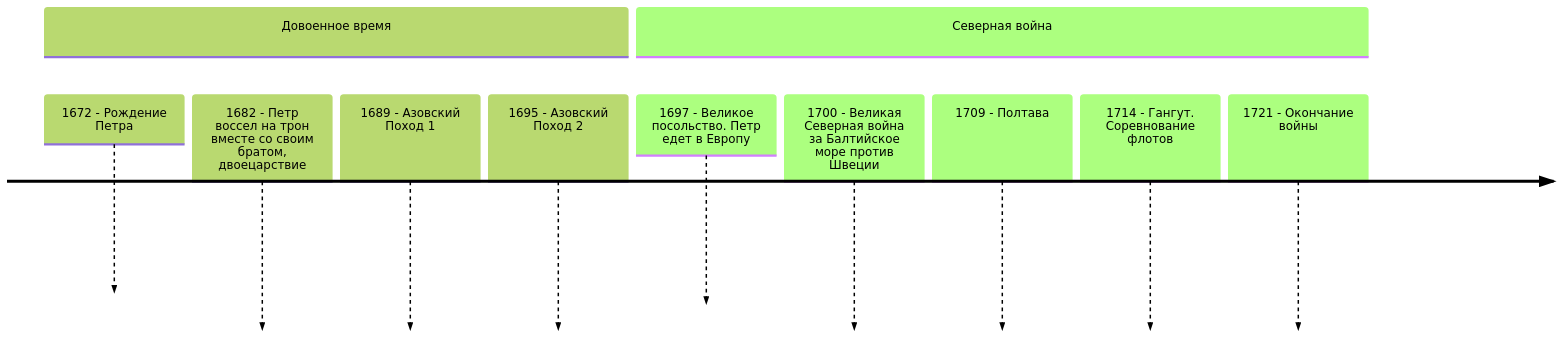
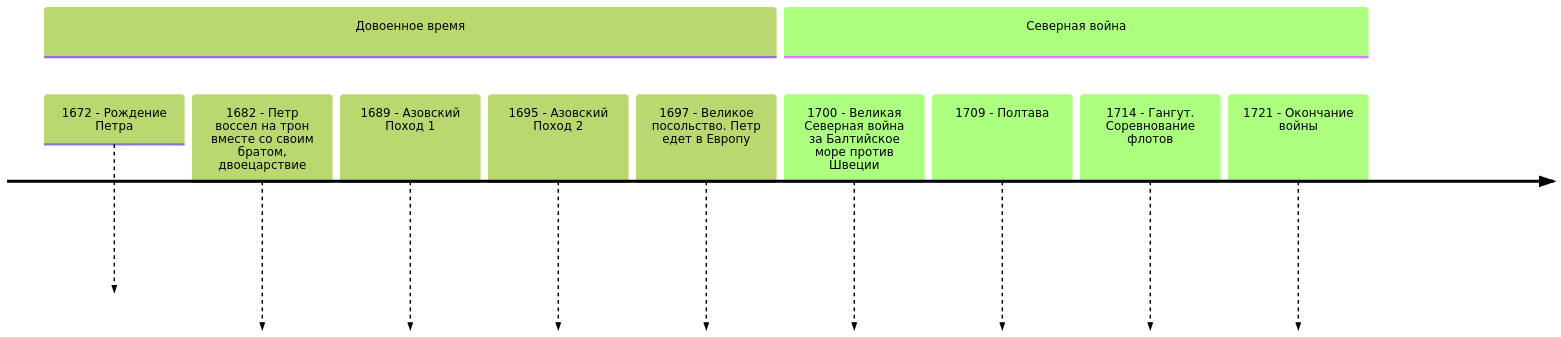
Before and after one commit to wesdyqq/study-sync: the second of 2 diagrams in Учеба КНИТУ/История России/Конспекты лекций/История России 31.10.26.md, drawn with Mermaid (forest theme). The commit also changed other lines of this file, not shown here.

````diff
--- a/Учеба КНИТУ/История России/Конспекты лекций/История России 31.10.26.md
+++ b/Учеба КНИТУ/История России/Конспекты лекций/История России 31.10.26.md
@@ -39,16 +39,16 @@
 ```mermaid
 timeline RL
 Section Довоенное время
 	1672 - Рождение Петра
 	1682 - Петр воссел на трон вместе со своим братом, двоецарствие
 	1689 - Азовский Поход 1
 	1695 - Азовский Поход 2
+	1697 - Великое посольство. Петр едет в Европу
 Section Северная война
-	1697 - Великое посольство. Петр едет в Европу
 	1700 - Великая Северная война за Балтийское море против Швеции
 	1709 - Полтава
 	1714 - Гангут. Соревнование флотов
 	1721 - Окончание войны
 	
 
 ```
````
